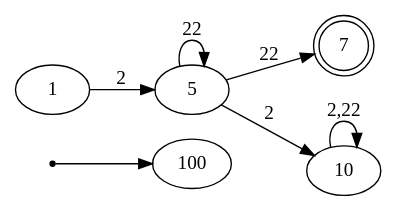
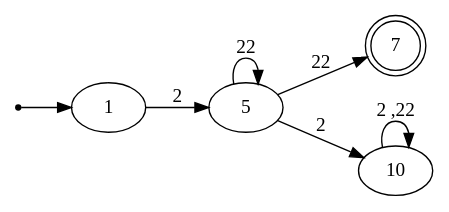
Before and after one commit to GiovA07/A: the diagram in archivos_automatas/automata.dot, drawn with Graphviz. The commit also changed 3 other files, not shown here.

```diff
--- a/archivos_automatas/automata.dot
+++ b/archivos_automatas/automata.dot
@@ -1,15 +1,15 @@
 digraph{
 
 rankdir=LR;
 inic[shape=point];
 
-inic->100;
+inic->1;
 
 1->5 [label="2"];
 5->7 [label="22"];
 5->5 [label="22"];
 5->10 [label="2"];
-10->10 [label="2,22"];
+10->10 [label="2 ,22"];
 
 7[shape=doublecircle];
 }
```
